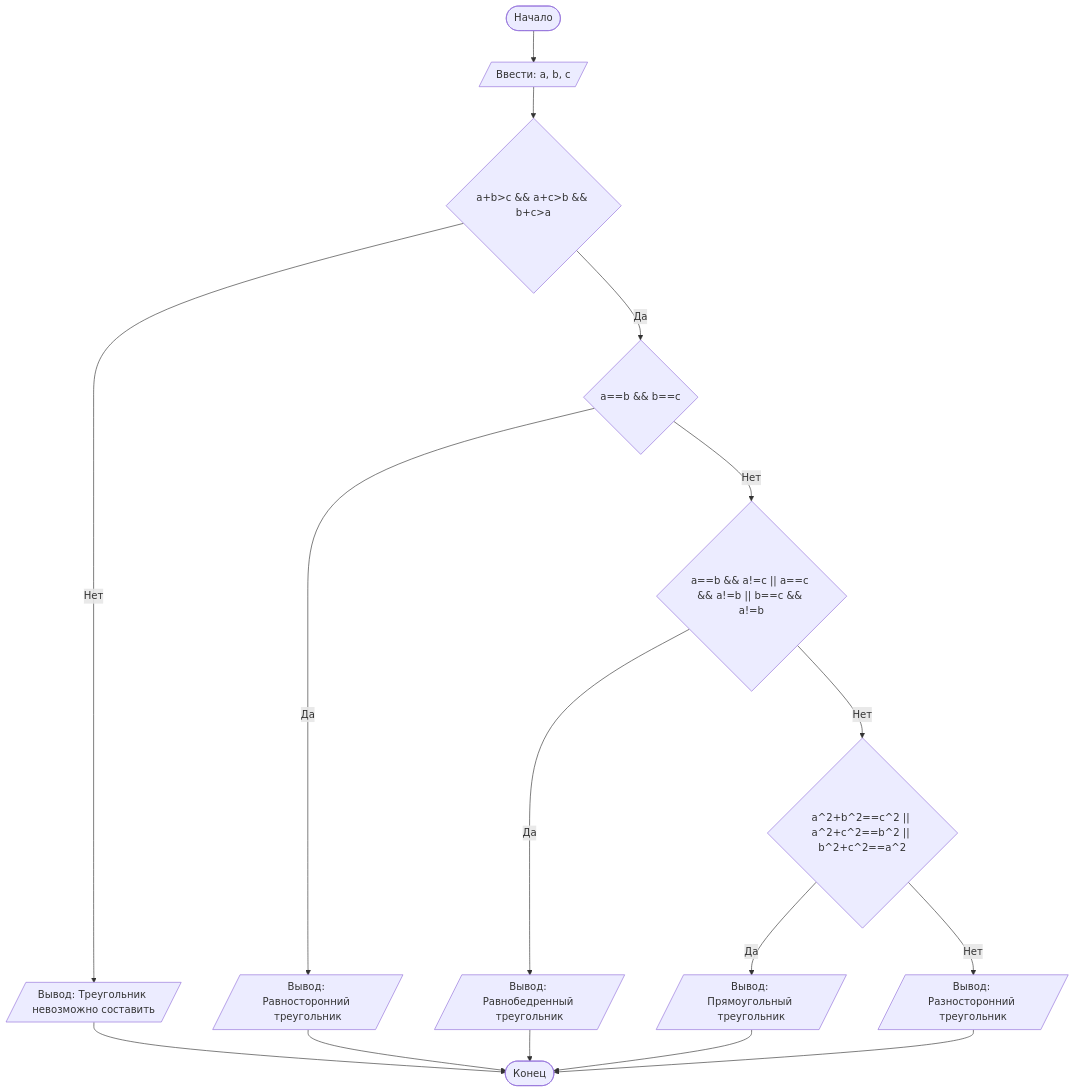
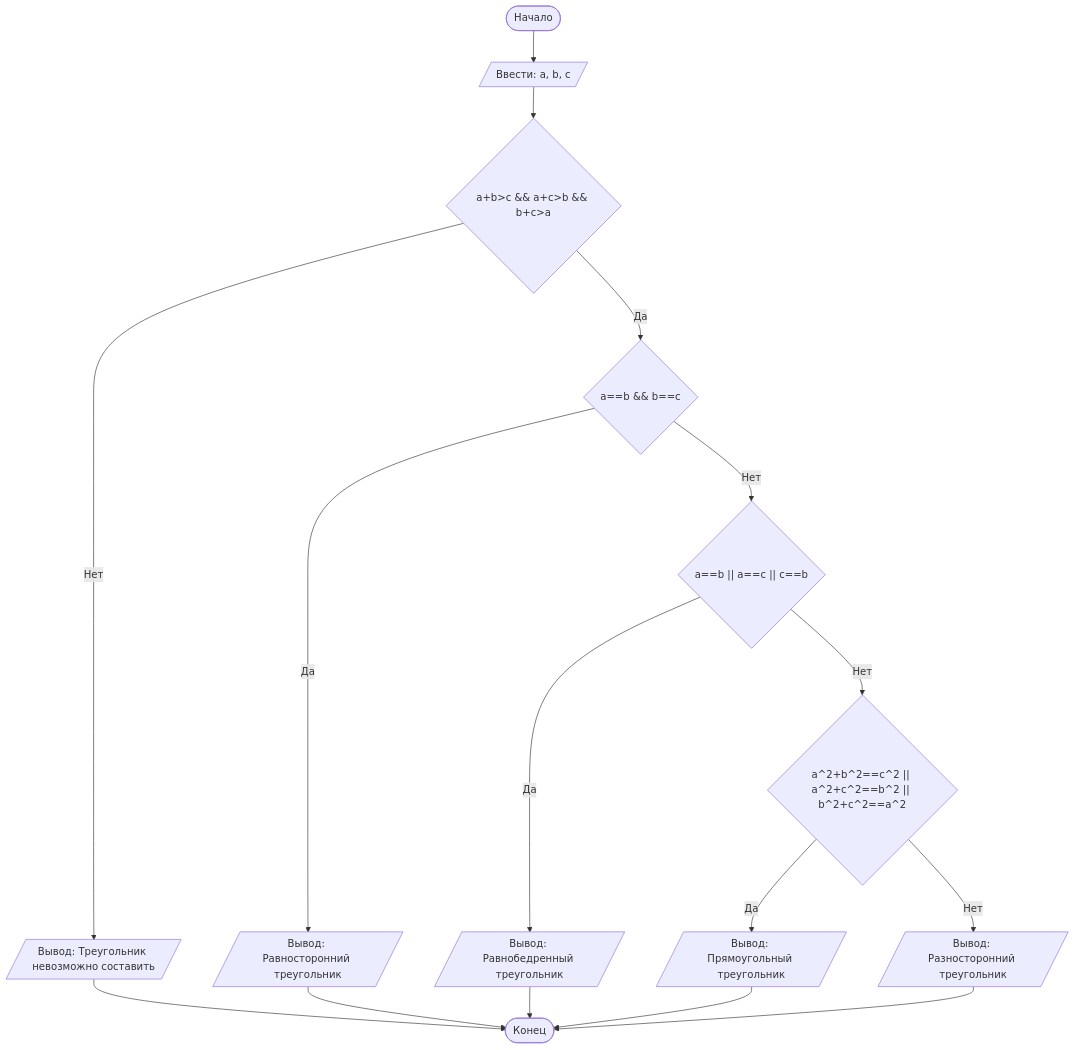
Before and after one commit to danlmnl/-1: the diagram in README.md, drawn with Mermaid. The commit also changed other lines of this file, not shown here.

````diff
--- a/README.md
+++ b/README.md
@@ -101,19 +101,19 @@
 ```mermaid
 graph TD
     A([Начало]) --> B[/Ввести: a, b, c/]
     B --> C{"a+b>c && a+c>b && b+c>a"}
     C -- Нет --> D[/Вывод: Треугольник невозможно составить/]
     D --> Z([Конец])
     C -- Да --> E{"a==b && b==c"}
     E -- Да --> F[/Вывод: Равносторонний треугольник/]
     F --> Z
-    E -- Нет --> G{"a==b && a!=c || a==c && a!=b || b==c && a!=b"}
+    E -- Нет --> G{"a==b || a==c || c==b"}
     G -- Да --> H[/Вывод: Равнобедренный треугольник/]
     H --> Z
     G -- Нет --> I{"a^2+b^2==c^2 || a^2+c^2==b^2 || b^2+c^2==a^2"}
     I -- Да --> J[/Вывод: Прямоугольный треугольник/]
     J --> Z
     I -- Нет --> K[/Вывод: Разносторонний треугольник/]
     K --> Z
 
 ```
````
